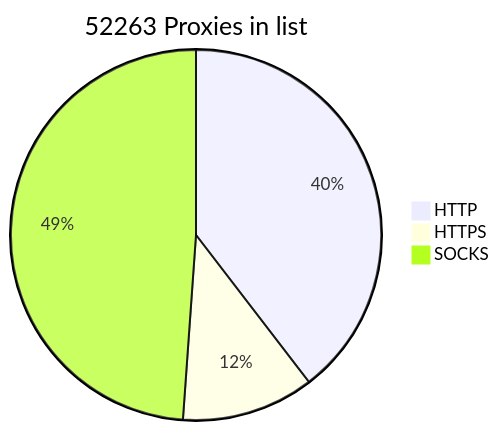
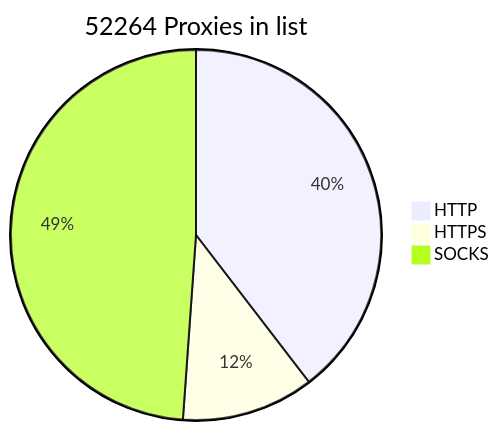
One commit to BlackSnowDot/proxylist-update-every-minute changed the diagram in README.md. Above: the diagram before and after it, drawn with Mermaid.

````diff
--- a/README.md
+++ b/README.md
@@ -2,6 +2,6 @@
 ```mermaid
-pie title 52263 Proxies in list
+pie title 52264 Proxies in list
     "HTTP" : 23033
-    "HTTPS": 6723
+    "HTTPS": 6724
     "SOCKS" : 28445
 ```
````
